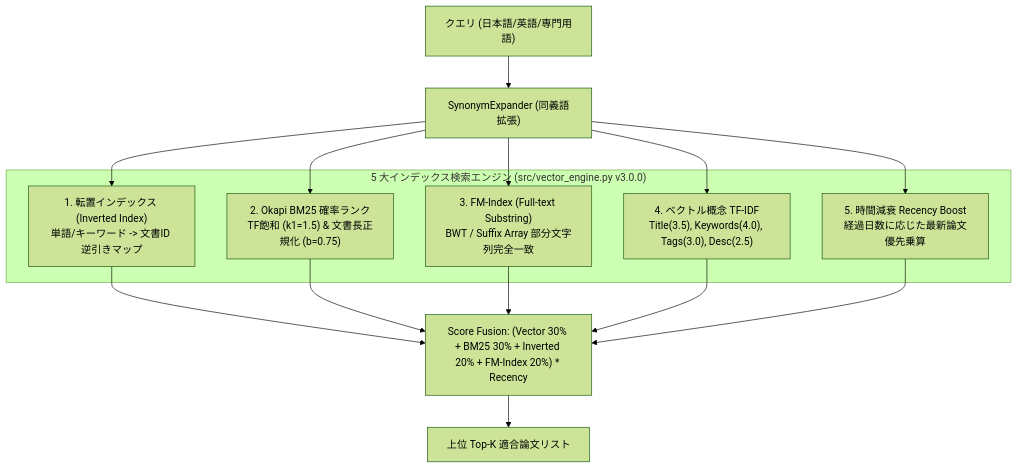
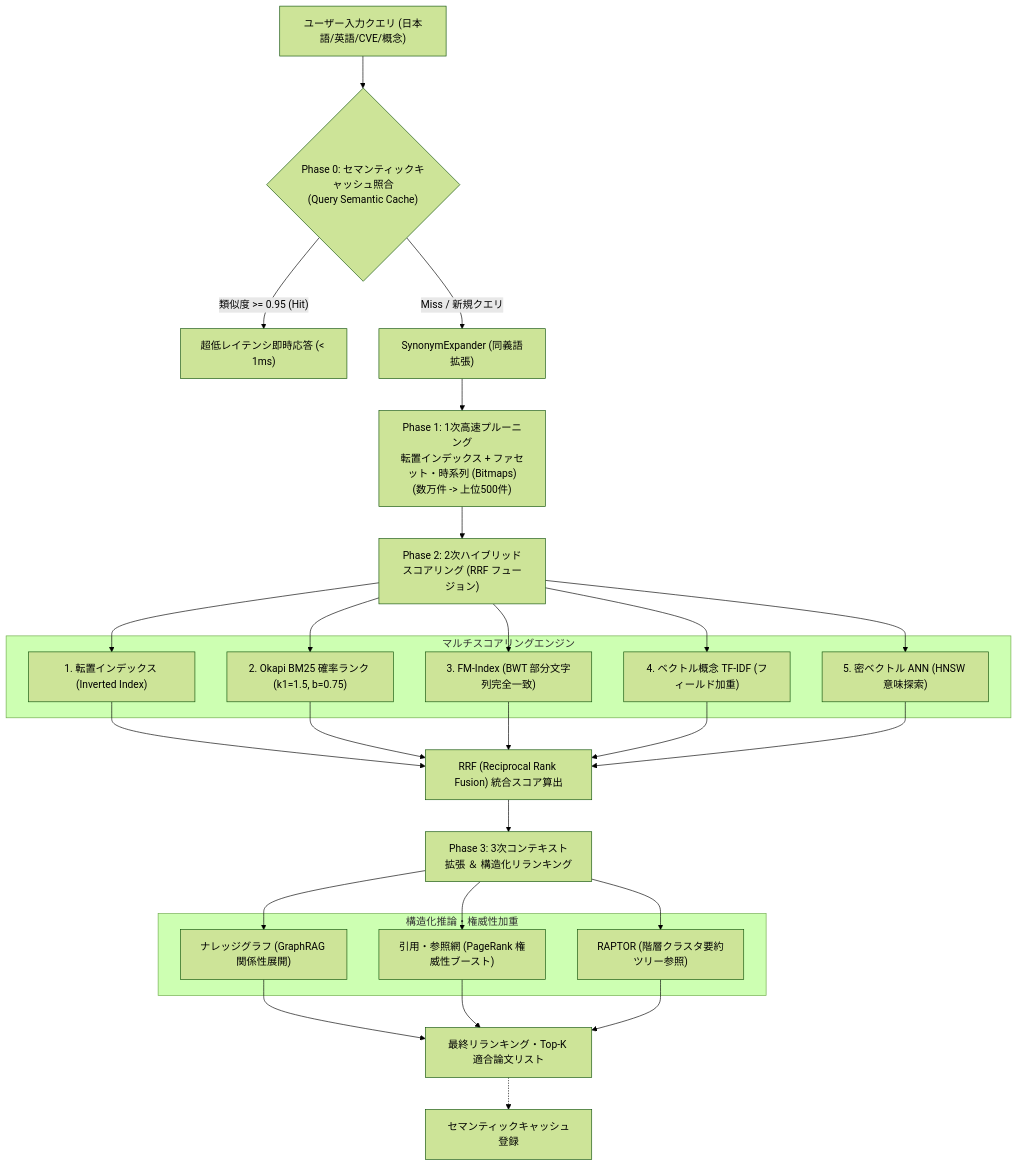
Before and after one commit to rokujyouhitoma/arxiv-security-papers: the diagram in docs/designs/DSN-05-multi_engine_hybrid_search.md, drawn with Mermaid (forest theme). The commit also changed other lines of this file and 19 other files, not shown here.

First line of the commit message:
feat(search): integrate 6 extended index architectures and modularize search package (ID: 010)

````diff
--- a/docs/designs/DSN-05-multi_engine_hybrid_search.md
+++ b/docs/designs/DSN-05-multi_engine_hybrid_search.md
@@ -11,22 +11,36 @@
 ```mermaid
 flowchart TD
-    Q["クエリ (日本語/英語/専門用語)"] --> SE["SynonymExpander (同義語拡張)"]
-
-    subgraph MultiEngine ["5 大インデックス検索エンジン (src/vector_engine.py v3.0.0)"]
-        E1["1. 転置インデックス (Inverted Index)<br/>単語/キーワード -> 文書ID 逆引きマップ"]
-        E2["2. Okapi BM25 確率ランク<br/>TF飽和 (k1=1.5) & 文書長正規化 (b=0.75)"]
-        E3["3. FM-Index (Full-text Substring)<br/>BWT / Suffix Array 部分文字列完全一致"]
-        E4["4. ベクトル概念 TF-IDF<br/>Title(3.5), Keywords(4.0), Tags(3.0), Desc(2.5)"]
-        E5["5. 時間減衰 Recency Boost<br/>経過日数に応じた最新論文優先乗算"]
+    UserQuery["ユーザー入力クエリ (日本語/英語/CVE/概念)"] --> Phase0{"Phase 0: セマンティックキャッシュ照合<br/>(Query Semantic Cache)"}
+    
+    Phase0 -- "類似度 >= 0.95 (Hit)" --> FastResp["超低レイテンシ即時応答 (< 1ms)"]
+    
+    Phase0 -- "Miss / 新規クエリ" --> SE["SynonymExpander (同義語拡張)"]
+    
+    SE --> Phase1["Phase 1: 1次高速プルーニング<br/>転置インデックス + ファセット・時系列 (Bitmaps)<br/>(数万件 -> 上位500件)"]
+    
+    Phase1 --> Phase2["Phase 2: 2次ハイブリッドスコアリング (RRF フュージョン)"]
+    
+    subgraph Engines ["マルチスコアリングエンジン"]
+        E1["1. 転置インデックス (Inverted Index)"]
+        E2["2. Okapi BM25 確率ランク (k1=1.5, b=0.75)"]
+        E3["3. FM-Index (BWT 部分文字列完全一致)"]
+        E4["4. ベクトル概念 TF-IDF (フィールド加重)"]
+        E5["5. 密ベクトル ANN (HNSW 意味探索)"]
     end
-
-    SE --> E1 & E2 & E3 & E4 & E5
-
-    E1 --> F["Score Fusion: (Vector 30% + BM25 30% + Inverted 20% + FM-Index 20%) * Recency"]
-    E2 --> F
-    E3 --> F
-    E4 --> F
-    E5 --> F
-
-    F --> R["上位 Top-K 適合論文リスト"]
+    
+    Phase2 --> E1 & E2 & E3 & E4 & E5
+    E1 & E2 & E3 & E4 & E5 --> RRF["RRF (Reciprocal Rank Fusion) 統合スコア算出"]
+    
+    RRF --> Phase3["Phase 3: 3次コンテキスト拡張 ＆ 構造化リランキング"]
+    
+    subgraph Augment ["構造化推論・権威性加重"]
+        A1["ナレッジグラフ (GraphRAG 関係性展開)"]
+        A2["引用・参照網 (PageRank 権威性ブースト)"]
+        A3["RAPTOR (階層クラスタ要約ツリー参照)"]
+    end
+    
+    Phase3 --> A1 & A2 & A3
+    A1 & A2 & A3 --> FinalRank["最終リランキング・Top-K 適合論文リスト"]
+    
+    FinalRank -.-> UpdateCache["セマンティックキャッシュ登録"]
 ```
````
